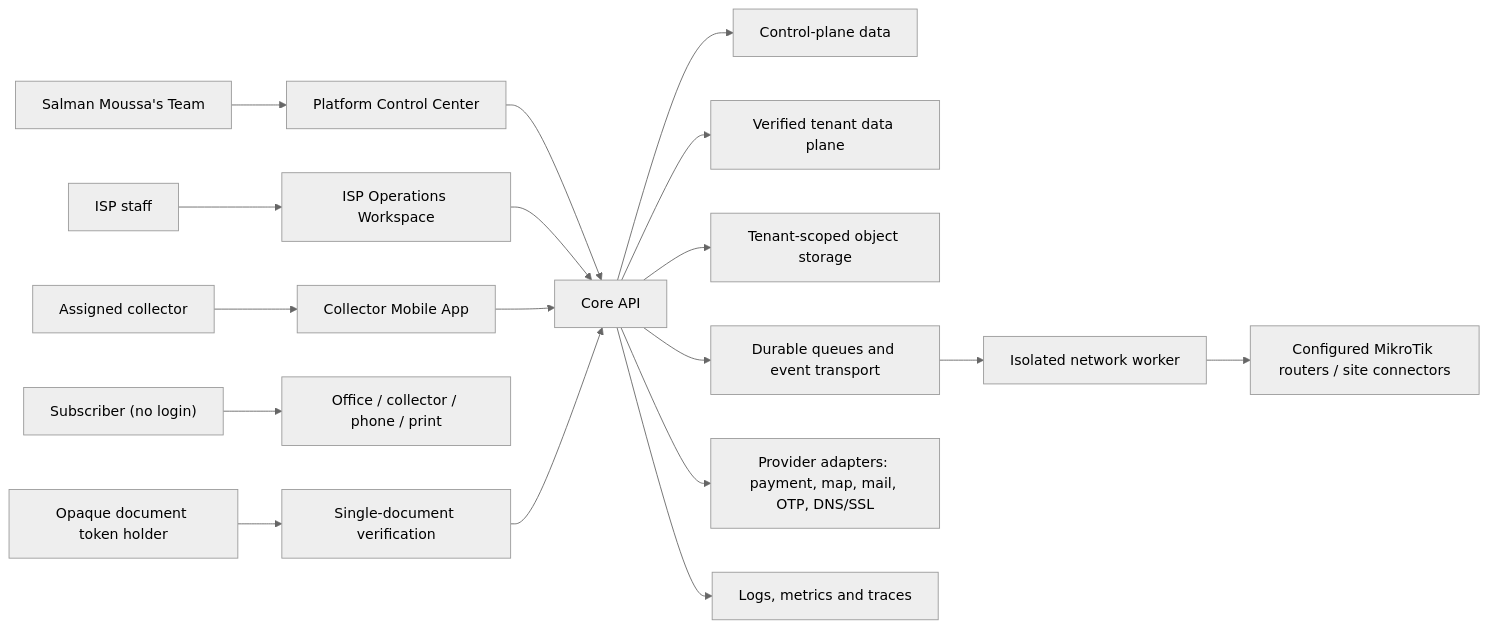
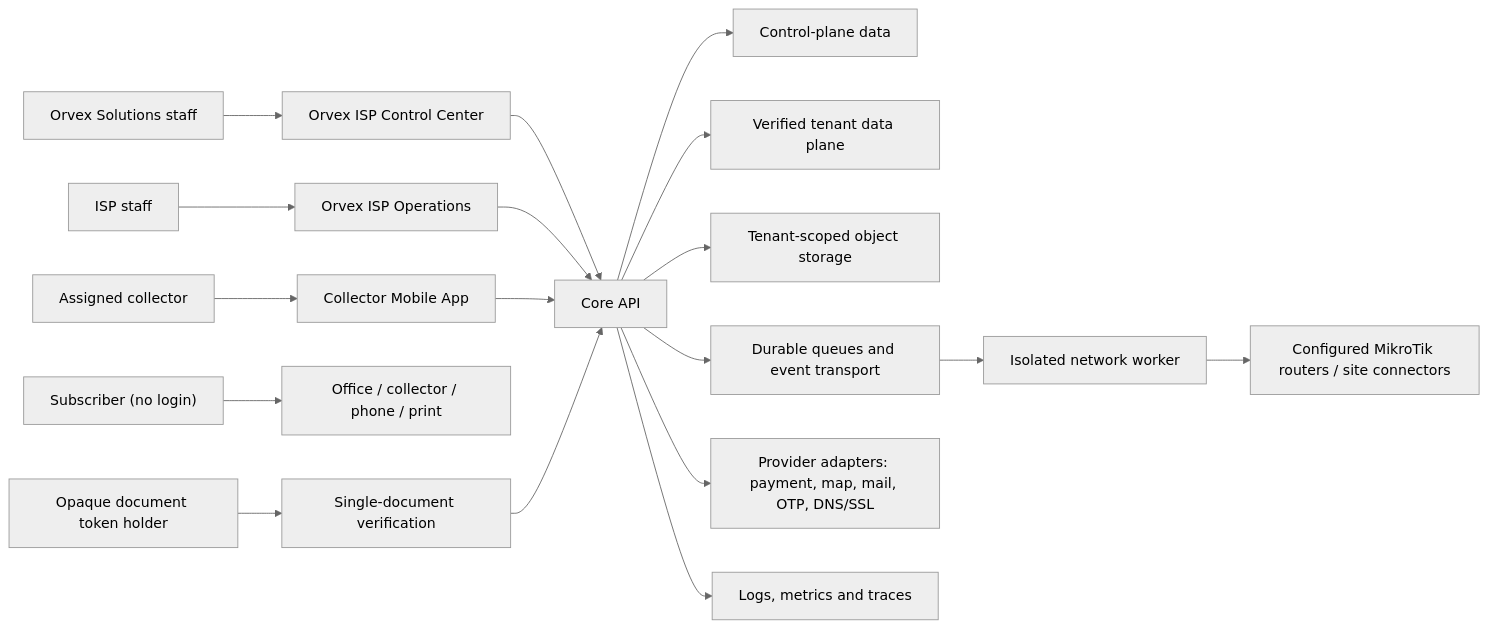
One commit to salman-moussa/isp_project changed the first of 5 diagrams in docs/architecture/overview.md. Above: the diagram before and after it, drawn with Mermaid (neutral theme). The commit also changed 22 other files, not shown here.

Commit message:
chore(brand): migrate user-facing identity to Orvex ISP

````diff
--- a/docs/architecture/overview.md
+++ b/docs/architecture/overview.md
@@ -22,21 +22,21 @@
 ```mermaid
 flowchart LR
-  PT["Salman Moussa's Team"] --> PW["Platform Control Center"]
-  IS["ISP staff"] --> IW["ISP Operations Workspace"]
+  PT["Orvex Solutions staff"] --> PW["Orvex ISP Control Center"]
+  IS["ISP staff"] --> IW["Orvex ISP Operations"]
   CO["Assigned collector"] --> MA["Collector Mobile App"]
   SU["Subscriber (no login)"] --> OFF["Office / collector / phone / print"]
   QR["Opaque document token holder"] --> PV["Single-document verification"]
 
   PW --> API["Core API"]
   IW --> API
   MA --> API
   PV --> API
   API --> CP["Control-plane data"]
   API --> TD["Verified tenant data plane"]
   API --> OBJ["Tenant-scoped object storage"]
   API --> Q["Durable queues and event transport"]
   Q --> NW["Isolated network worker"]
   NW --> MT["Configured MikroTik routers / site connectors"]
   API --> EXT["Provider adapters: payment, map, mail, OTP, DNS/SSL"]
   API --> OTEL["Logs, metrics and traces"]
 ```
````
